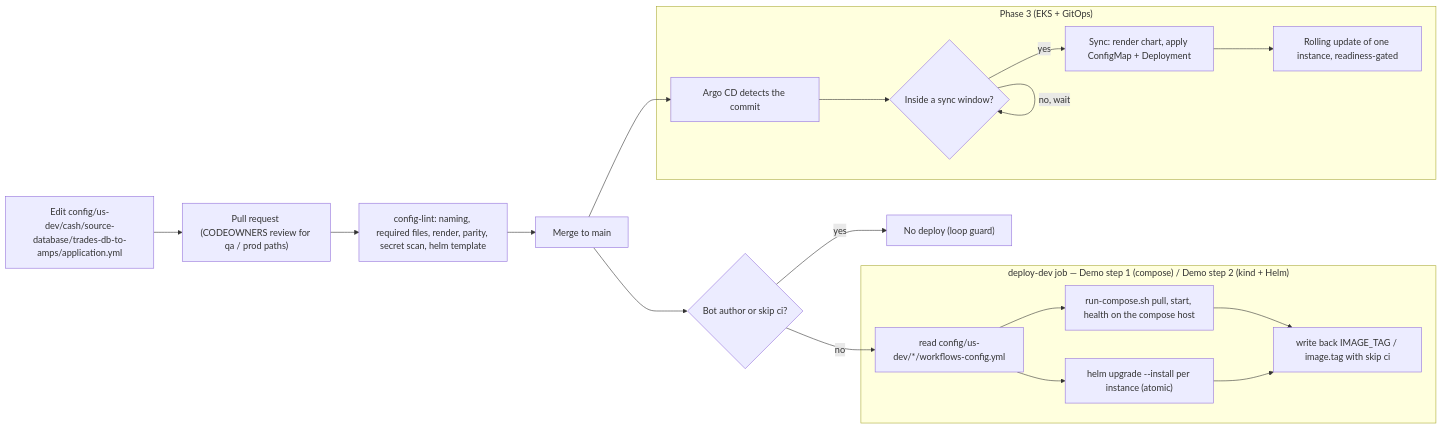
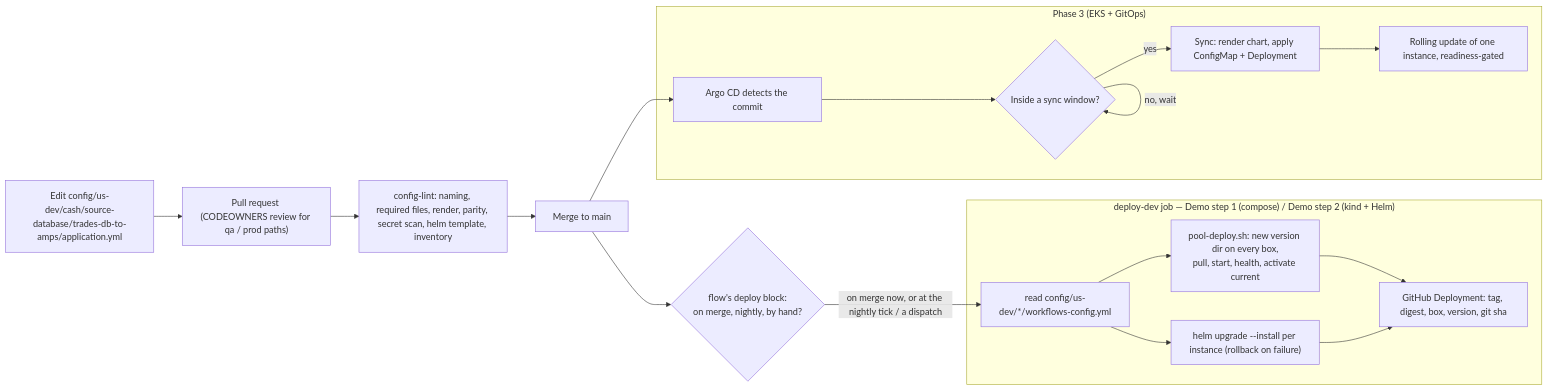
The third of 4 diagrams in docs/05-configuration-management.md (crazymatthsu/github-demo), drawn with Mermaid before and after one commit. The commit also changed other lines of this file and 9 other files, not shown here.

````diff
--- a/docs/05-configuration-management.md
+++ b/docs/05-configuration-management.md
@@ -425,31 +434,29 @@
 ```mermaid
 flowchart LR
   edit["Edit config/us-dev/cash/source-database/trades-db-to-amps/application.yml"]
   pr["Pull request (CODEOWNERS review for qa / prod paths)"]
-  lint["config-lint: naming, required files, render, parity, secret scan, helm template"]
+  lint["config-lint: naming, required files, render, parity, secret scan, helm template, inventory"]
   merge["Merge to main"]
-  guard{"Bot author or skip ci?"}
-  stop["No deploy (loop guard)"]
+  policy{"flow's deploy block:<br/>on merge, nightly, by hand?"}
   subgraph demo["deploy-dev job — Demo step 1 (compose) / Demo step 2 (kind + Helm)"]
     tg["read config/us-dev/*/workflows-config.yml"]
-    rc["run-compose.sh pull, start, health on the compose host"]
-    hu["helm upgrade --install per instance (atomic)"]
-    wb["write back IMAGE_TAG / image.tag with skip ci"]
+    pd["pool-deploy.sh: new version dir on every box,<br/>pull, start, health, activate current"]
+    hu["helm upgrade --install per instance (rollback on failure)"]
+    rec["GitHub Deployment: tag, digest, box, version, git sha"]
   end
   subgraph gitops["Phase 3 (EKS + GitOps)"]
     ctl["Argo CD detects the commit"]
     win{"Inside a sync window?"}
     sync["Sync: render chart, apply ConfigMap + Deployment"]
     roll["Rolling update of one instance, readiness-gated"]
   end
-  edit --> pr --> lint --> merge --> guard
-  guard -->|yes| stop
-  guard -->|no| tg
-  tg --> rc
+  edit --> pr --> lint --> merge --> policy
+  policy -->|"on merge now, or at the nightly tick / a dispatch"| tg
+  tg --> pd
   tg --> hu
-  rc --> wb
-  hu --> wb
+  pd --> rec
+  hu --> rec
   merge --> ctl --> win
   win -->|"no, wait"| win
   win -->|yes| sync --> roll
 ```
````
